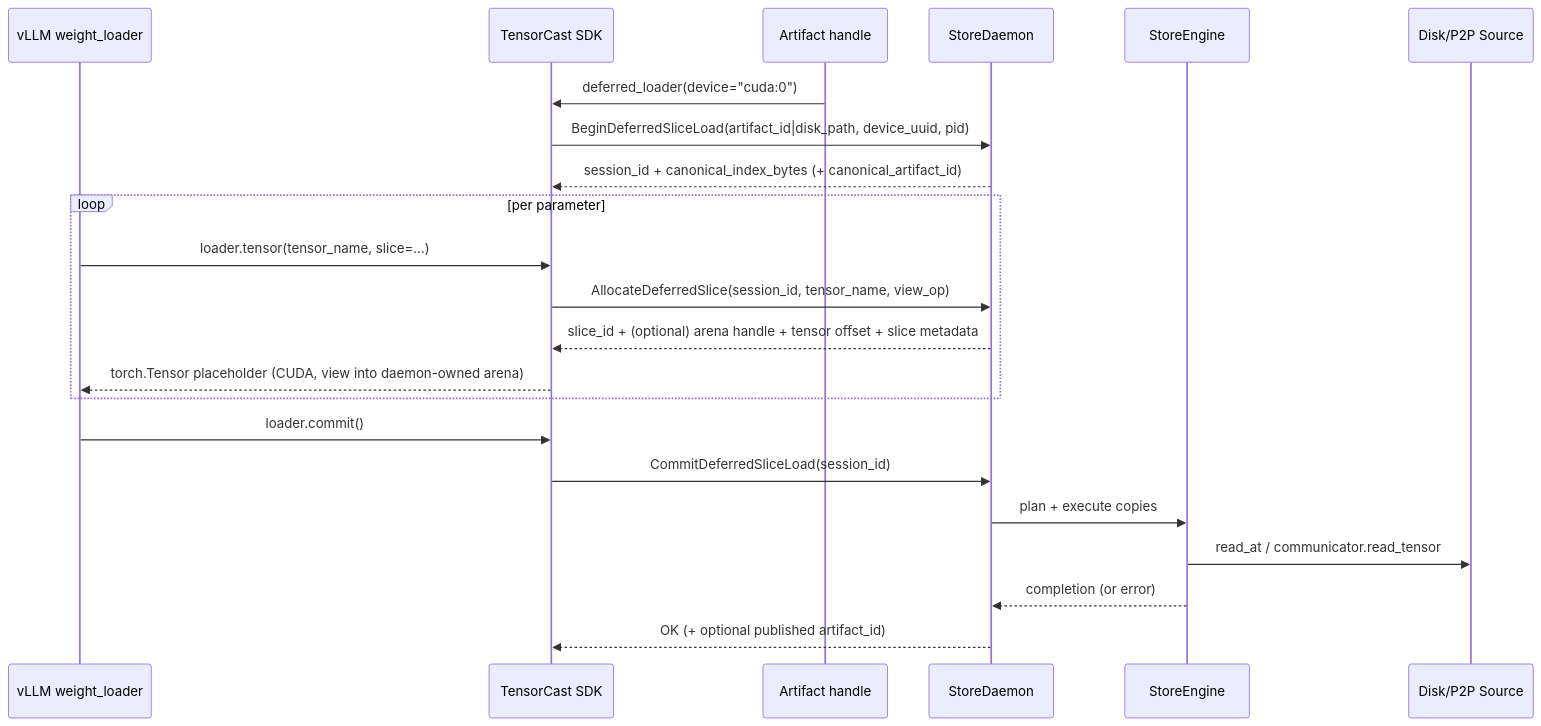
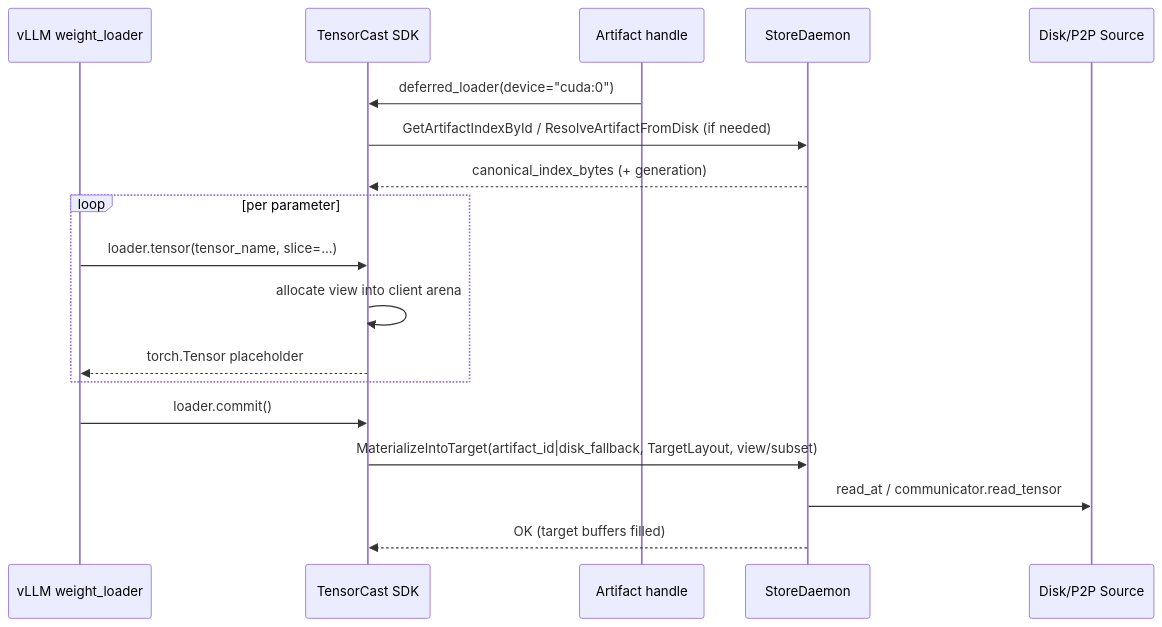
One commit to tensorcast-ai/tensorcast changed the diagram in docs/designs/0052-deferred-slice-materialization.md. Above: the diagram before and after it, drawn with Mermaid. The commit also changed other lines of this file and 51 other files, not shown here.

Commit message:
feat(materialization): add target layout GPU sink and view metadata handling

````diff
--- a/docs/designs/0052-deferred-slice-materialization.md
+++ b/docs/designs/0052-deferred-slice-materialization.md
@@ -122,27 +120,23 @@
 ```mermaid
 sequenceDiagram
   participant V as vLLM weight_loader
   participant SDK as TensorCast SDK
   participant A as Artifact handle
   participant D as StoreDaemon
-  participant SE as StoreEngine
   participant IO as Disk/P2P Source
 
   A->>SDK: deferred_loader(device="cuda:0")
-  SDK->>D: BeginDeferredSliceLoad(artifact_id|disk_path, device_uuid, pid)
-  D-->>SDK: session_id + canonical_index_bytes (+ canonical_artifact_id)
+  SDK->>D: GetArtifactIndexById / ResolveArtifactFromDisk (if needed)
+  D-->>SDK: canonical_index_bytes (+ generation)
 
   loop per parameter
     V->>SDK: loader.tensor(tensor_name, slice=...)
-    SDK->>D: AllocateDeferredSlice(session_id, tensor_name, view_op)
-    D-->>SDK: slice_id + (optional) arena handle + tensor offset + slice metadata
-    SDK-->>V: torch.Tensor placeholder (CUDA, view into daemon-owned arena)
+    SDK->>SDK: allocate view into client arena
+    SDK-->>V: torch.Tensor placeholder
   end
 
   V->>SDK: loader.commit()
-  SDK->>D: CommitDeferredSliceLoad(session_id)
-  D->>SE: plan + execute copies
-  SE->>IO: read_at / communicator.read_tensor
-  SE-->>D: completion (or error)
-  D-->>SDK: OK (+ optional published artifact_id)
+  SDK->>D: MaterializeIntoTarget(artifact_id|disk_fallback, TargetLayout, view/subset)
+  D->>IO: read_at / communicator.read_tensor
+  D-->>SDK: OK (target buffers filled)
 ```
````
